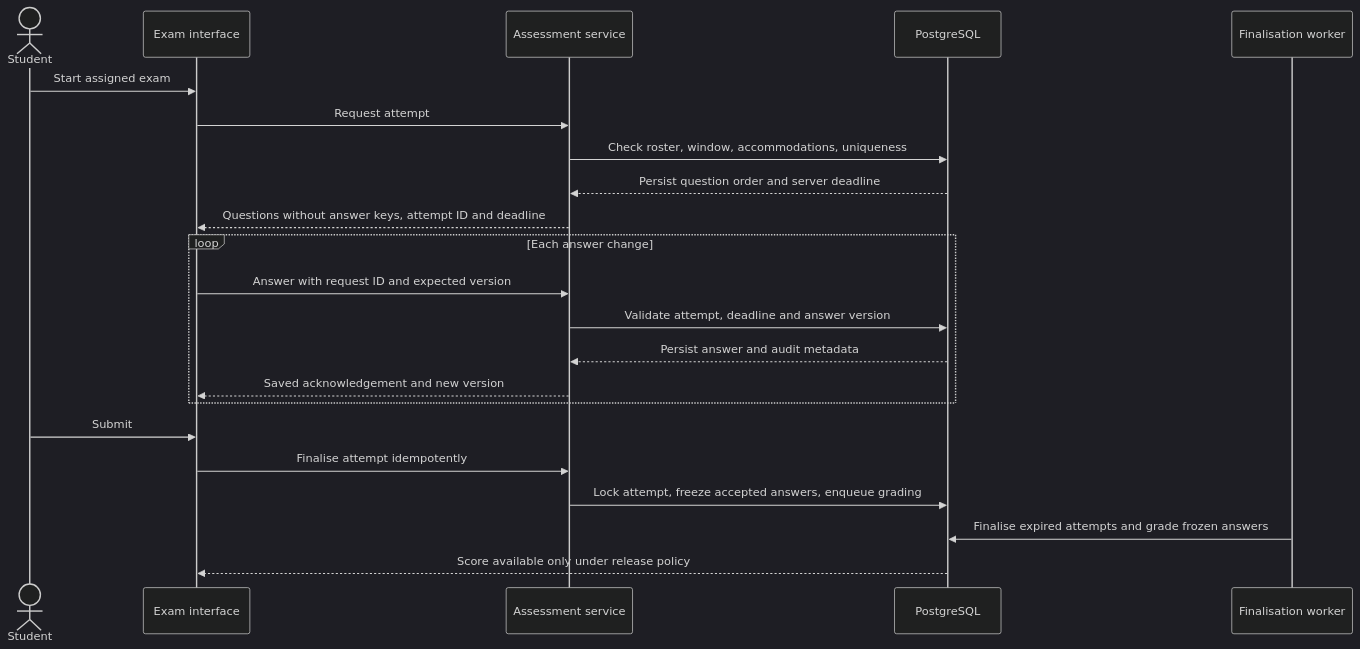
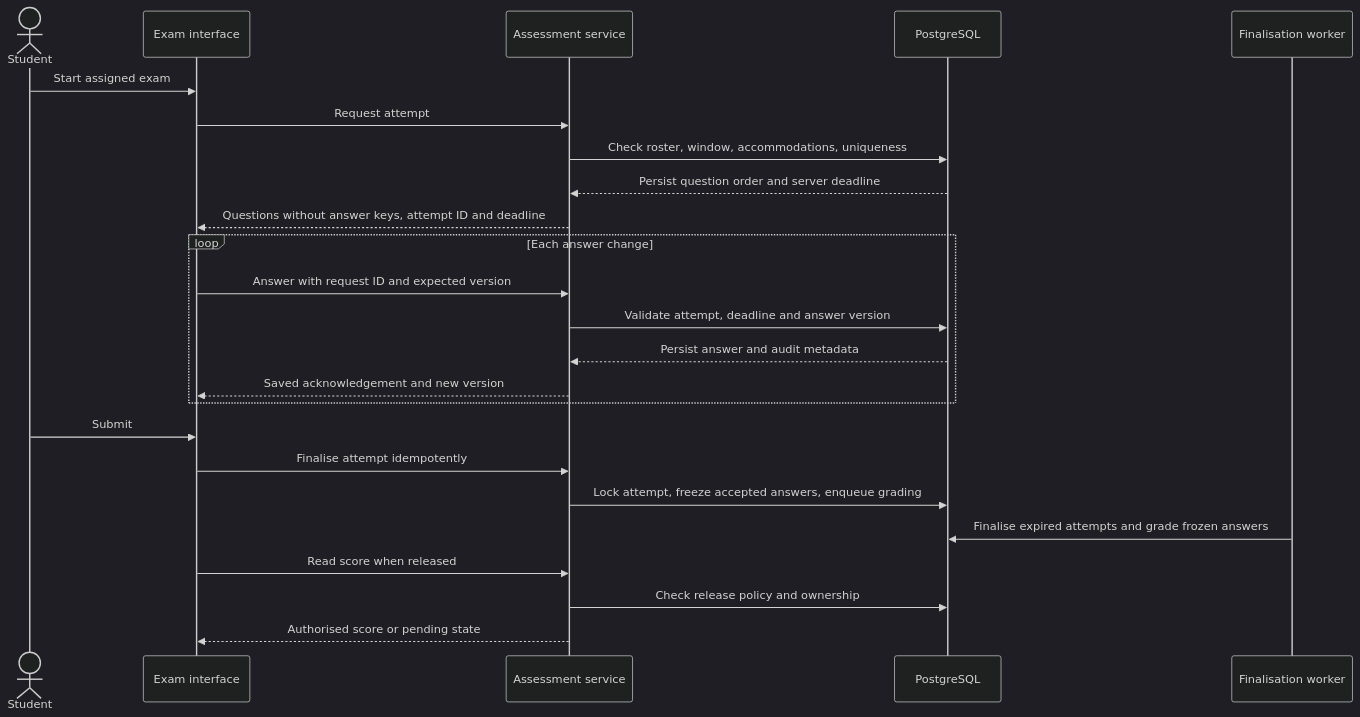
Before and after one commit to adeyanjufuhad/BrainField-Schools: the fifth of 7 diagrams in docs/SYSTEM-ARCHITECTURE.md, drawn with Mermaid (dark theme). The commit also changed other lines of this file and 31 other files, not shown here.

Commit message:
docs: adopt Neon architecture and record verified school content

````diff
--- a/docs/SYSTEM-ARCHITECTURE.md
+++ b/docs/SYSTEM-ARCHITECTURE.md
@@ -216,24 +216,26 @@
 ```mermaid
 sequenceDiagram
     actor Student
     participant UI as Exam interface
     participant API as Assessment service
     participant DB as PostgreSQL
     participant Job as Finalisation worker
     Student->>UI: Start assigned exam
     UI->>API: Request attempt
     API->>DB: Check roster, window, accommodations, uniqueness
     DB-->>API: Persist question order and server deadline
     API-->>UI: Questions without answer keys, attempt ID and deadline
     loop Each answer change
         UI->>API: Answer with request ID and expected version
         API->>DB: Validate attempt, deadline and answer version
         DB-->>API: Persist answer and audit metadata
         API-->>UI: Saved acknowledgement and new version
     end
     Student->>UI: Submit
     UI->>API: Finalise attempt idempotently
     API->>DB: Lock attempt, freeze accepted answers, enqueue grading
     Job->>DB: Finalise expired attempts and grade frozen answers
-    DB-->>UI: Score available only under release policy
+    UI->>API: Read score when released
+    API->>DB: Check release policy and ownership
+    API-->>UI: Authorised score or pending state
 ```
````
